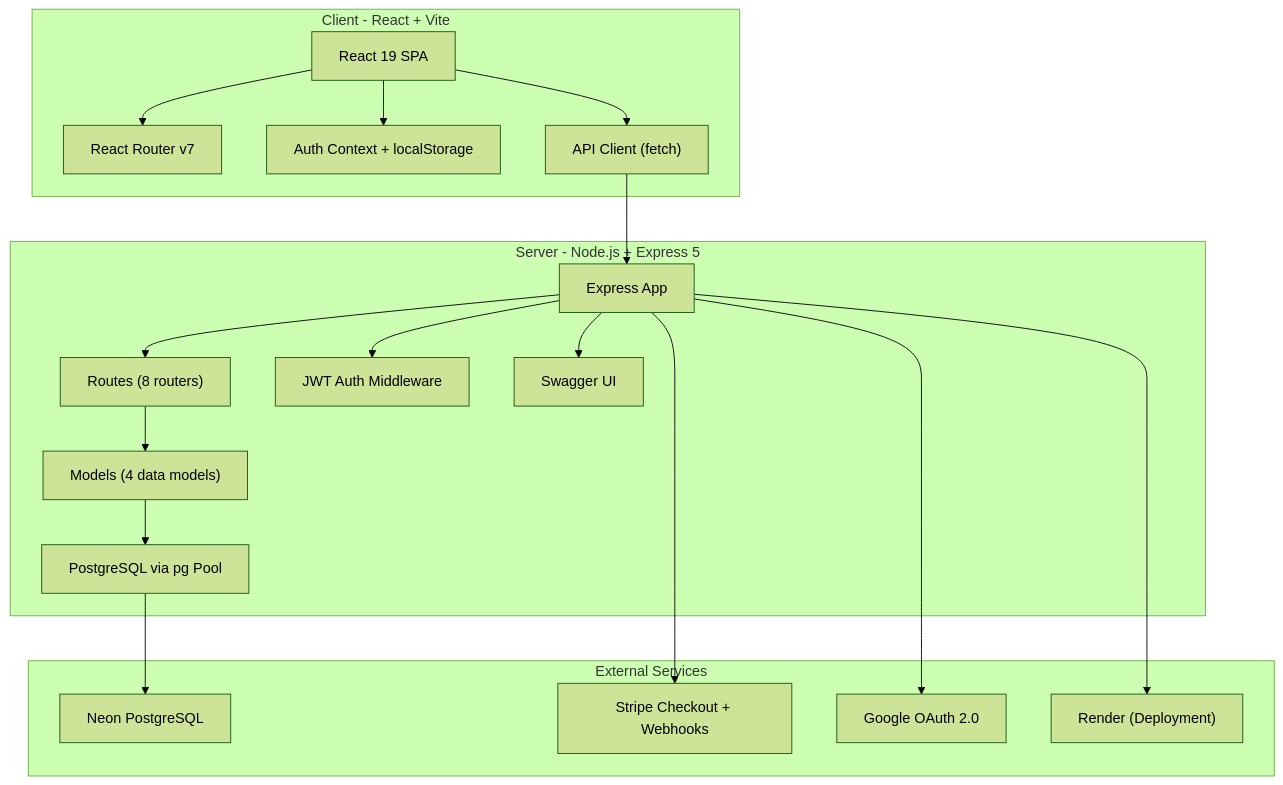
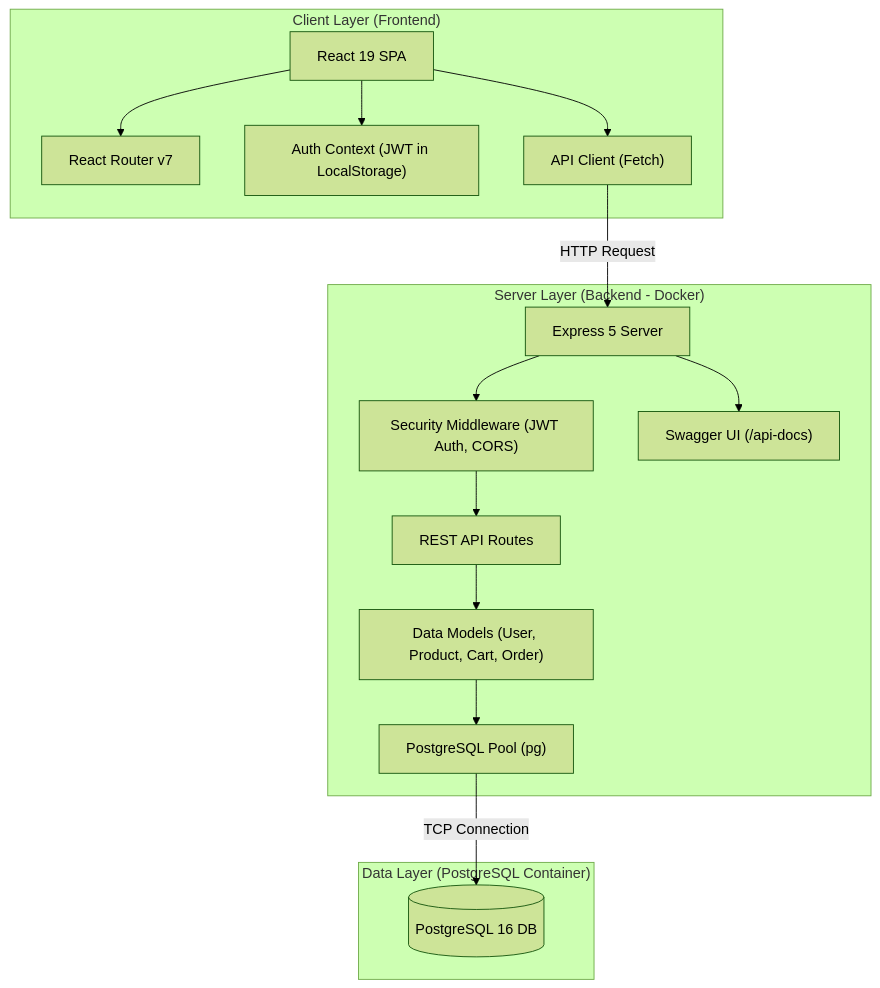
One commit to NTNguyen055/DevSecOps-Mobile-App changed the first of 2 diagrams in README.md. Above: the diagram before and after it, drawn with Mermaid (forest theme). The commit also changed other lines of this file and 3 other files, not shown here.

````diff
--- a/README.md
+++ b/README.md
@@ -14,29 +31,23 @@
 ```mermaid
 graph TB
-    subgraph "Client - React + Vite"
+    subgraph "Client Layer (Frontend)"
         A["React 19 SPA"] --> B["React Router v7"]
-        A --> C["Auth Context + localStorage"]
-        A --> D["API Client (fetch)"]
+        A --> C["Auth Context (JWT in LocalStorage)"]
+        A --> D["API Client (Fetch)"]
     end
     
-    subgraph "Server - Node.js + Express 5"
-        E["Express App"] --> F["Routes (8 routers)"]
-        F --> G["Models (4 data models)"]
-        G --> H["PostgreSQL via pg Pool"]
-        E --> I["JWT Auth Middleware"]
-        E --> J["Swagger UI"]
+    subgraph "Server Layer (Backend - Docker)"
+        E["Express 5 Server"] --> F["Security Middleware (JWT Auth, CORS)"]
+        F --> G["REST API Routes"]
+        G --> H["Data Models (User, Product, Cart, Order)"]
+        H --> I["PostgreSQL Pool (pg)"]
+        E --> J["Swagger UI (/api-docs)"]
     end
     
-    subgraph "External Services"
-        K["Neon PostgreSQL"]
-        L["Stripe Checkout + Webhooks"]
-        M["Google OAuth 2.0"]
-        N["Render (Deployment)"]
+    subgraph "Data Layer (PostgreSQL Container)"
+        K[("PostgreSQL 16 DB")]
     end
     
-    D --> E
-    H --> K
-    E --> L
-    E --> M
-    E --> N
+    D -->|HTTP Request| E
+    I -->|TCP Connection| K
 ```
````
